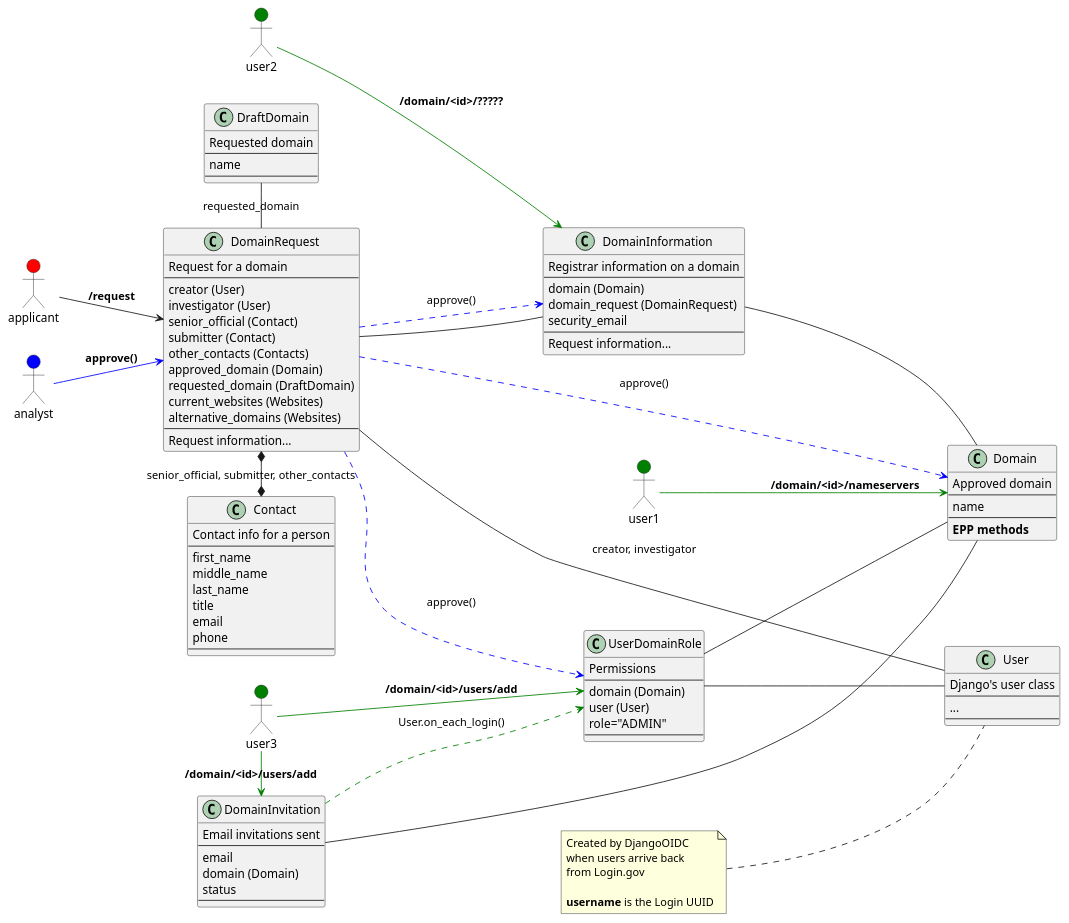
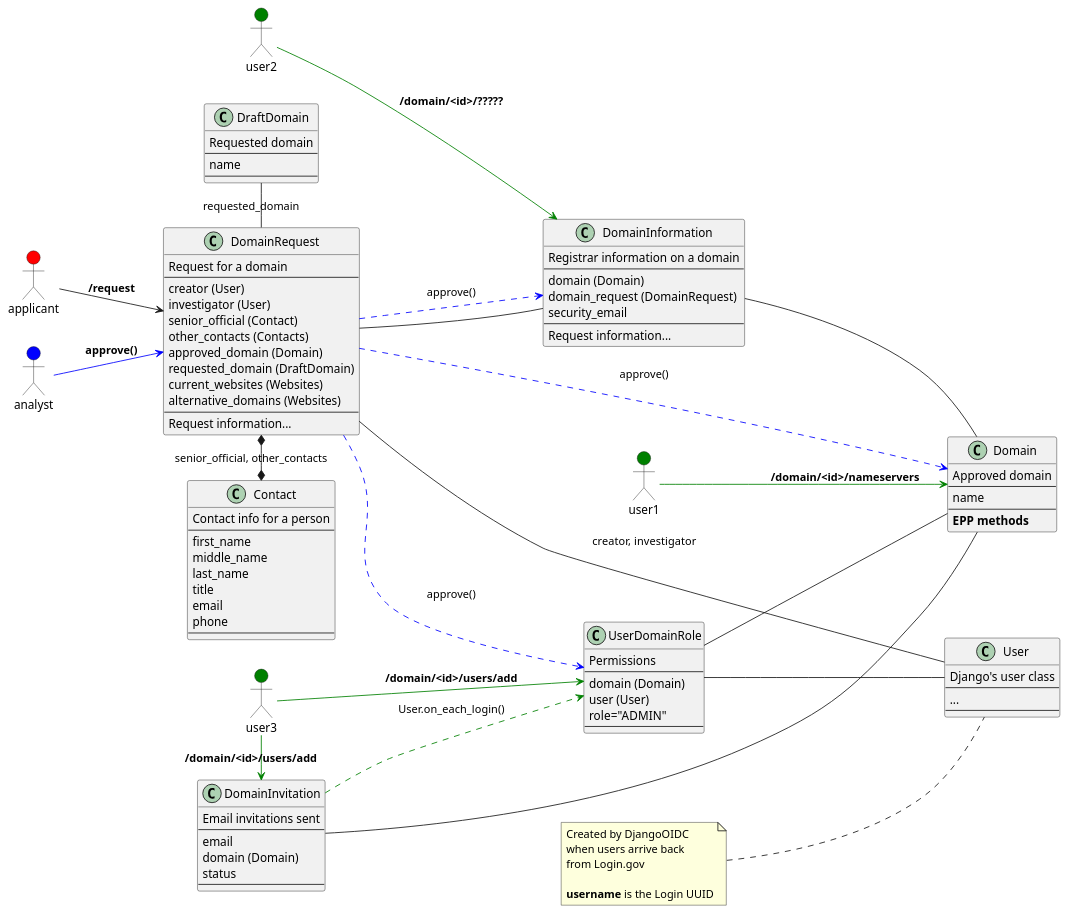
Before and after one commit to cisagov/manage.get.gov: the diagram in docs/architecture/diagrams/model_timeline.md, drawn with PlantUML. The commit also changed 4 other files, not shown here.

```diff
--- a/docs/architecture/diagrams/model_timeline.md
+++ b/docs/architecture/diagrams/model_timeline.md
@@ -42,7 +42,6 @@
   creator (User)
   investigator (User)
   senior_official (Contact)
-  submitter (Contact)
   other_contacts (Contacts)
   approved_domain (Domain)
   requested_domain (DraftDomain)
@@ -80,7 +79,7 @@
   --
 }
 
-DomainRequest *-r-* Contact : senior_official, submitter, other_contacts
+DomainRequest *-r-* Contact : senior_official, other_contacts
 
 class DraftDomain {
   Requested domain
```
